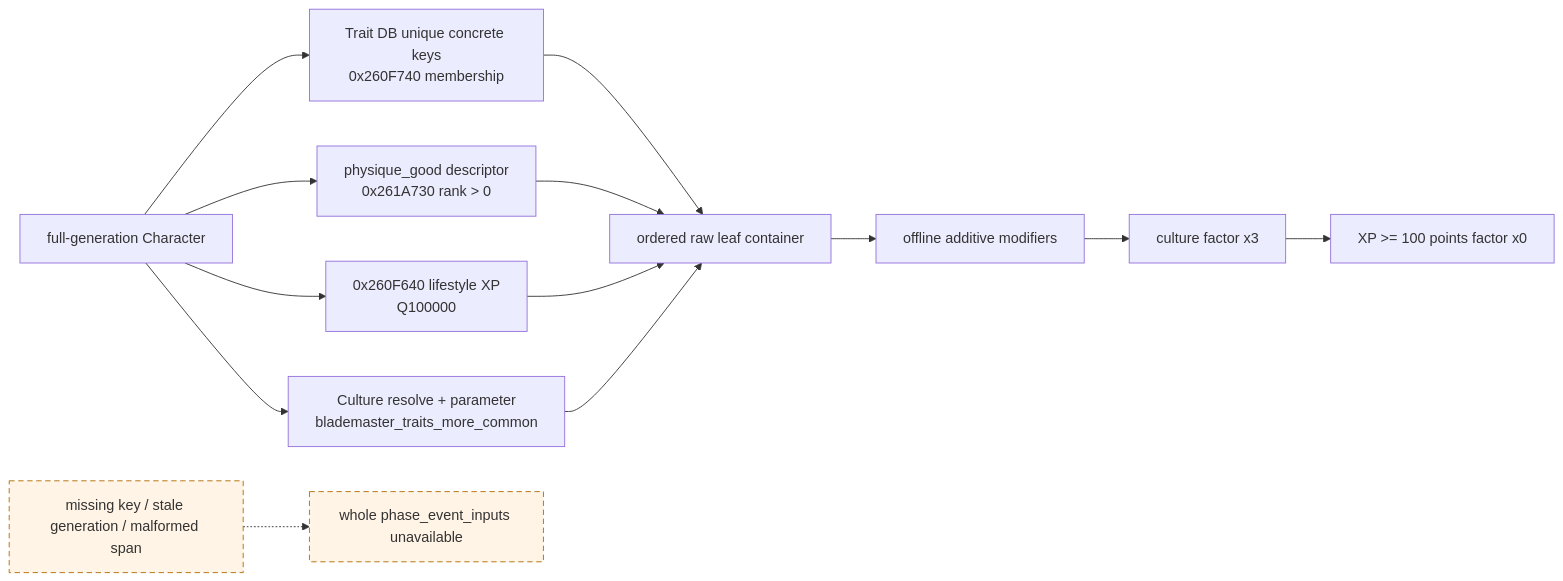
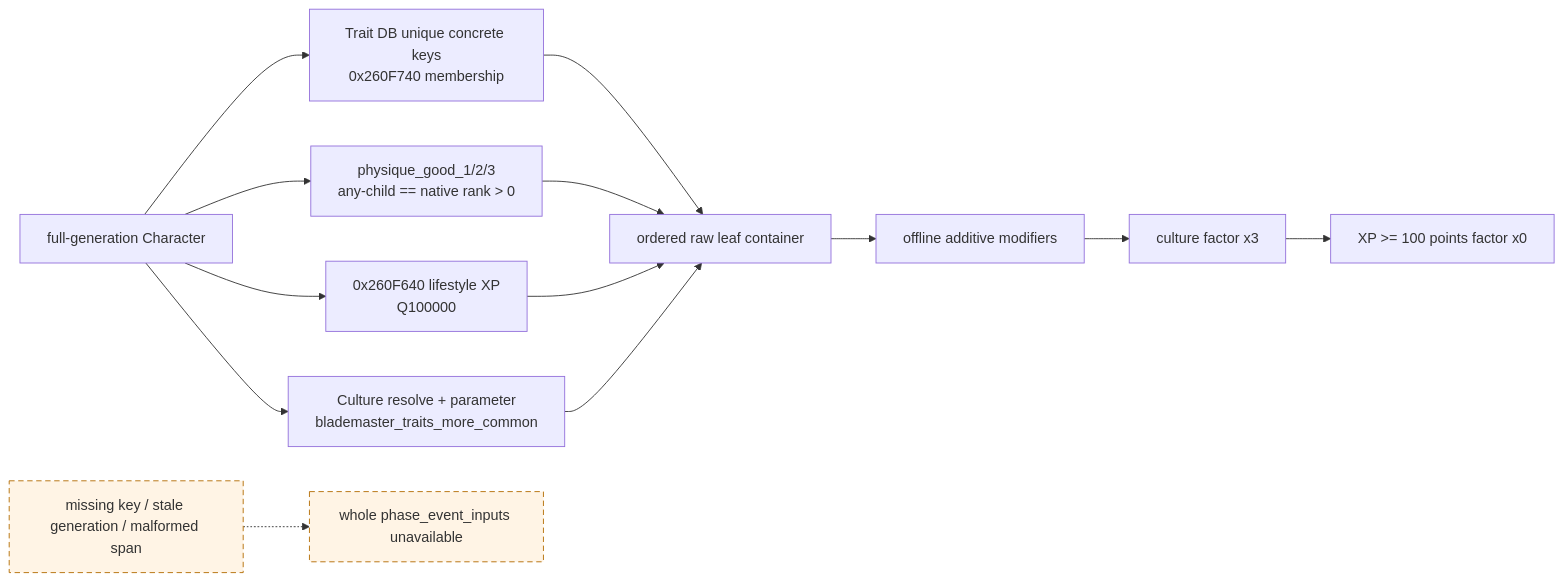
Before and after one commit to XenoAmess/ck3_eternal_recurrence: the eighth of 23 diagrams in docs/ck3-native-ai/combat-phase-events.md, drawn with Mermaid. The commit also changed other lines of this file and 54 other files, not shown here.

````diff
--- a/docs/ck3-native-ai/combat-phase-events.md
+++ b/docs/ck3-native-ai/combat-phase-events.md
@@ -703,17 +715,17 @@
 ```mermaid
 flowchart LR
     C["full-generation Character"] --> T["Trait DB unique concrete keys<br/>0x260F740 membership"]
-    C --> TG["physique_good descriptor<br/>0x261A730 rank > 0"]
+    C --> TG["physique_good_1/2/3<br/>any-child == native rank > 0"]
     C --> X["0x260F640 lifestyle XP<br/>Q100000"]
     C --> U["Culture resolve + parameter<br/>blademaster_traits_more_common"]
     T --> B["ordered raw leaf container"]
     TG --> B
     X --> B
     U --> B
     B --> A["offline additive modifiers"]
     A --> M["culture factor x3"]
     M --> Z["XP >= 100 points factor x0"]
     E["missing key / stale generation / malformed span"] -.-> F["whole phase_event_inputs unavailable"]
     classDef unknown stroke-dasharray: 6 4,fill:#fff4e5,stroke:#b36b00;
     class E,F unknown;
 ```
````
